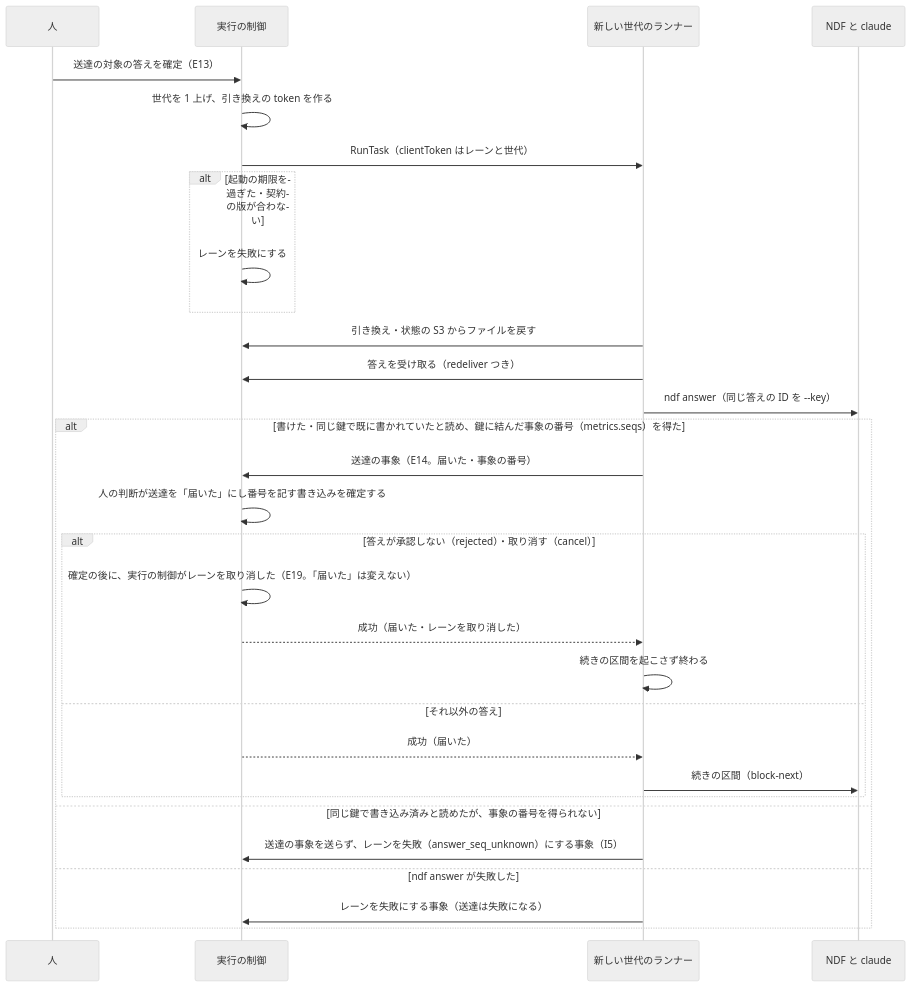
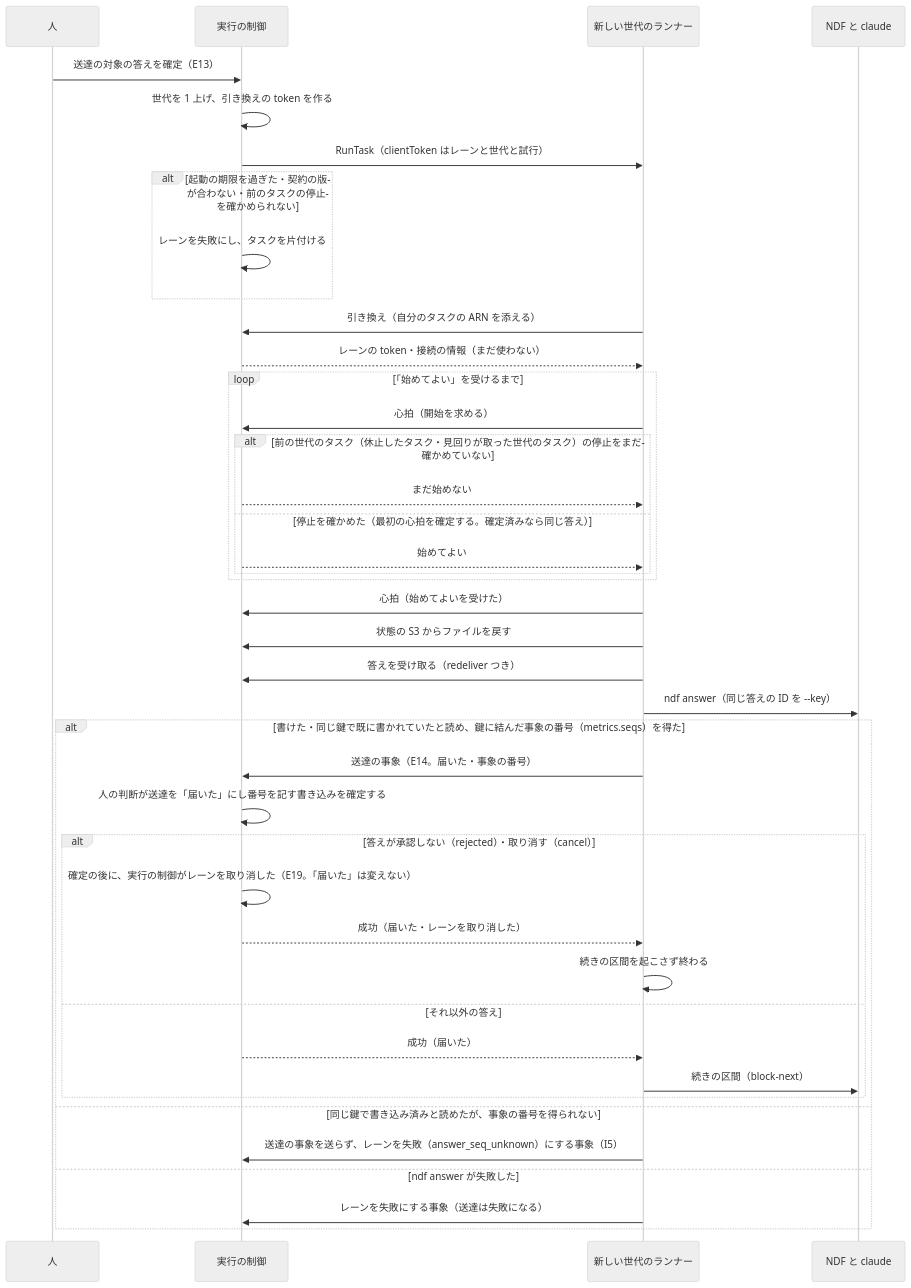
Before and after one commit to devbasex/nd-factory: the fifth of 10 diagrams in docs/design/execution.md, drawn with Mermaid (neutral theme). The commit also changed other lines of this file and 2 other files, not shown here.

````diff
--- a/docs/design/execution.md
+++ b/docs/design/execution.md
@@ -198,32 +198,43 @@
 ```mermaid
 sequenceDiagram
     participant H as 人
     participant API as 実行の制御
     participant R as 新しい世代のランナー
     participant N as NDF と claude
     H->>API: 送達の対象の答えを確定（E13）
     API->>API: 世代を 1 上げ、引き換えの token を作る
-    API->>R: RunTask（clientToken はレーンと世代）
-    alt 起動の期限を過ぎた・契約の版が合わない
-        API->>API: レーンを失敗にする
+    API->>R: RunTask（clientToken はレーンと世代と試行）
+    alt 起動の期限を過ぎた・契約の版が合わない・前のタスクの停止を確かめられない
+        API->>API: レーンを失敗にし、タスクを片付ける
     end
-    R->>API: 引き換え・状態の S3 からファイルを戻す
+    R->>API: 引き換え（自分のタスクの ARN を添える）
+    API-->>R: レーンの token・接続の情報（まだ使わない）
+    loop 「始めてよい」を受けるまで
+        R->>API: 心拍（開始を求める）
+        alt 前の世代のタスク（休止したタスク・見回りが取った世代のタスク）の停止をまだ確かめていない
+            API-->>R: まだ始めない
+        else 停止を確かめた（最初の心拍を確定する。確定済みなら同じ答え）
+            API-->>R: 始めてよい
+        end
+    end
+    R->>API: 心拍（始めてよいを受けた）
+    R->>API: 状態の S3 からファイルを戻す
     R->>API: 答えを受け取る（redeliver つき）
     R->>N: ndf answer（同じ答えの ID を --key）
     alt 書けた・同じ鍵で既に書かれていたと読め、鍵に結んだ事象の番号（metrics.seqs）を得た
         R->>API: 送達の事象（E14。届いた・事象の番号）
         API->>API: 人の判断が送達を「届いた」にし番号を記す書き込みを確定する
         alt 答えが承認しない（rejected）・取り消す（cancel）
             API->>API: 確定の後に、実行の制御がレーンを取り消した（E19。「届いた」は変えない）
             API-->>R: 成功（届いた・レーンを取り消した）
             R->>R: 続きの区間を起こさず終わる
         else それ以外の答え
             API-->>R: 成功（届いた）
             R->>N: 続きの区間（block-next）
         end
     else 同じ鍵で書き込み済みと読めたが、事象の番号を得られない
         R->>API: 送達の事象を送らず、レーンを失敗（answer_seq_unknown）にする事象（I5）
     else ndf answer が失敗した
         R->>API: レーンを失敗にする事象（送達は失敗になる）
     end
 ```
````
